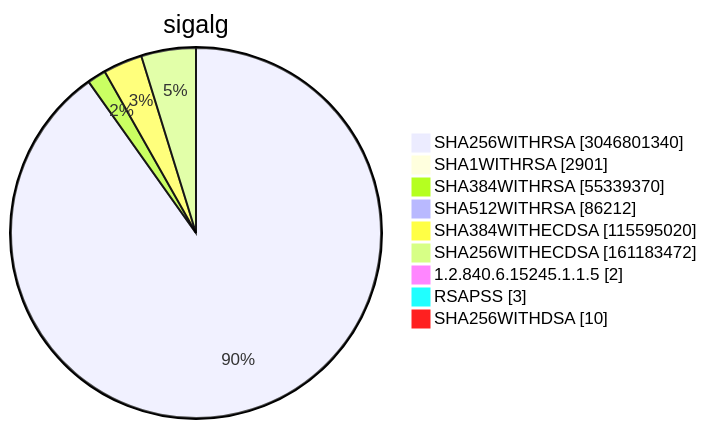
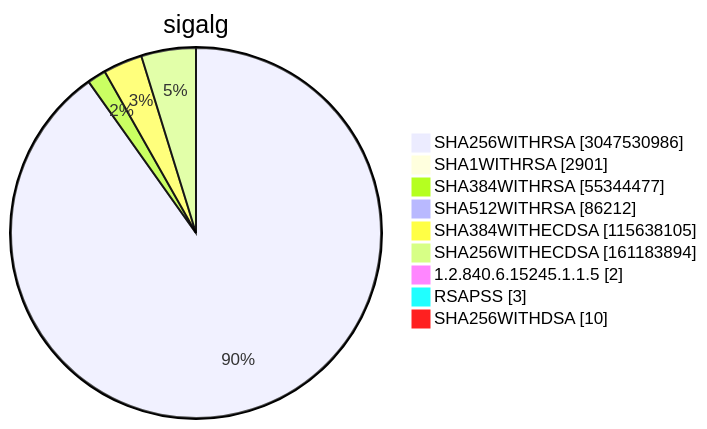
Before and after one commit to christiankrug/ctmonitor_visualization: diagram 15 of 15 in TOTAL/README.md, drawn with Mermaid. The commit also changed other lines of this file, not shown here.

````diff
--- a/TOTAL/README.md
+++ b/TOTAL/README.md
@@ -6208,13 +6208,13 @@
 ```mermaid
 pie showData
 title sigalg
-"SHA256WITHRSA" :3046801340
+"SHA256WITHRSA" :3047530986
 "SHA1WITHRSA" :2901
-"SHA384WITHRSA" :55339370
+"SHA384WITHRSA" :55344477
 "SHA512WITHRSA" :86212
-"SHA384WITHECDSA" :115595020
-"SHA256WITHECDSA" :161183472
+"SHA384WITHECDSA" :115638105
+"SHA256WITHECDSA" :161183894
 "1.2.840.6.15245.1.1.5" :2
 "RSAPSS" :3
 "SHA256WITHDSA" :10
 ```
````
